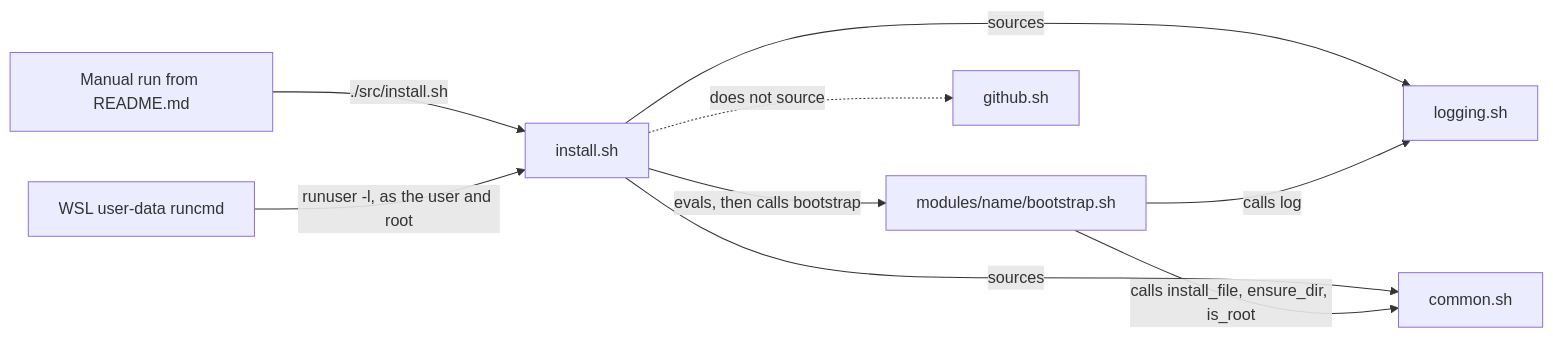
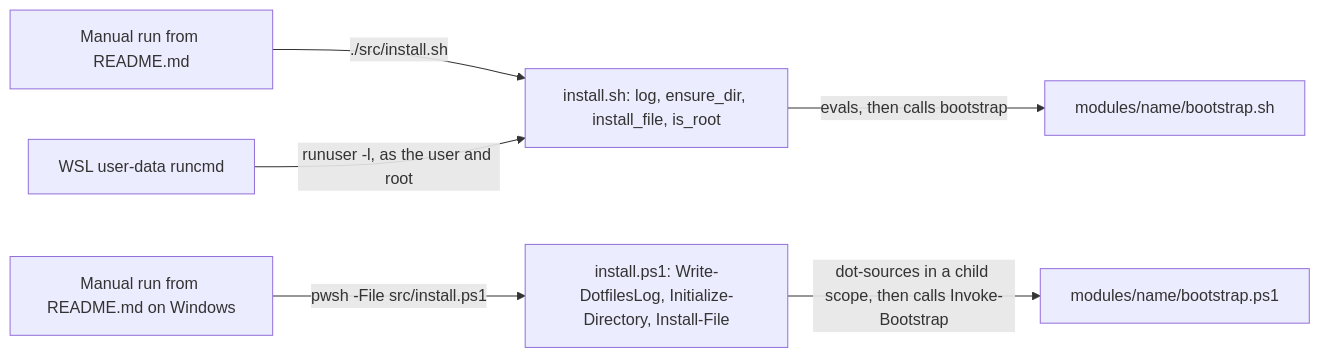
One commit to froazin/dotfiles changed the first of 2 diagrams in docs/installer.md. Above: the diagram before and after it, drawn with Mermaid. The commit also changed other lines of this file and 45 other files, not shown here.

````diff
--- a/docs/installer.md
+++ b/docs/installer.md
@@ -23,13 +33,10 @@
 ```mermaid
 flowchart LR
-    accTitle: Where the installer sits
-    accDescr: A person or the WSL user-data runs install.sh. It sources logging.sh and common.sh, then evaluates each module's bootstrap.sh, which calls the shared helpers. install.sh doesn't source github.sh.
-    readme["Manual run from README.md"] -->|"./src/install.sh"| install["install.sh"]
+    accTitle: Where the installers sit
+    accDescr: A person or the WSL user-data runs install.sh, which defines the helpers and evaluates each module's bootstrap.sh. On Windows a person runs install.ps1, which defines the PowerShell helpers and dot-sources each module's bootstrap.ps1 in a scope of its own.
+    readme["Manual run from README.md"] -->|"./src/install.sh"| install["install.sh: log, ensure_dir, install_file, is_root"]
     userdata["WSL user-data runcmd"] -->|"runuser -l, as the user and root"| install
-    install -->|"sources"| logging["logging.sh"]
-    install -->|"sources"| common["common.sh"]
     install -->|"evals, then calls bootstrap"| modules["modules/name/bootstrap.sh"]
-    modules -->|"calls log"| logging
-    modules -->|"calls install_file, ensure_dir, is_root"| common
-    install -.->|"does not source"| github["github.sh"]
+    readmeWin["Manual run from README.md on Windows"] -->|"pwsh -File src/install.ps1"| installPs["install.ps1: Write-DotfilesLog, Initialize-Directory, Install-File"]
+    installPs -->|"dot-sources in a child scope, then calls Invoke-Bootstrap"| modulesPs["modules/name/bootstrap.ps1"]
 ```
````
